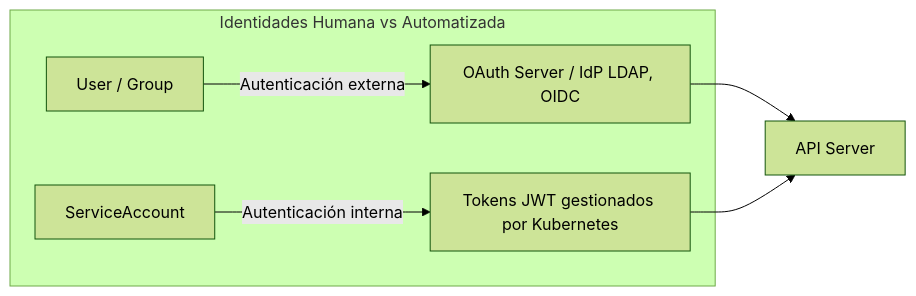
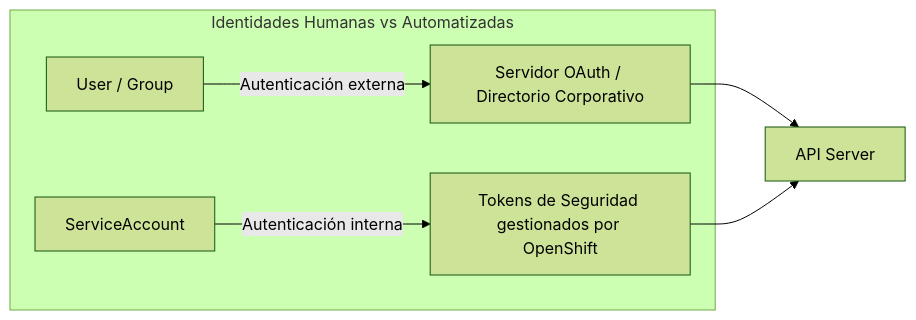
Before and after one commit to ieftraining/curso-openshift: the fourth of 7 diagrams in docs/sesion4/4.1 Proyectos y permisos.md, drawn with Mermaid (forest theme). The commit also changed other lines of this file, not shown here.

````diff
--- a/docs/sesion4/4.1 Proyectos y permisos.md
+++ b/docs/sesion4/4.1 Proyectos y permisos.md
@@ -163,9 +124,9 @@
 ```mermaid
 flowchart LR
-    subgraph Identidades Humana vs Automatizada
-        A[User / Group] -->|Autenticación externa| B[OAuth Server / IdP LDAP, OIDC]
-        C[ServiceAccount] -->|Autenticación interna| D[Tokens JWT gestionados por Kubernetes]
+    subgraph Identidades Humanas vs Automatizadas
+        A[User / Group] -->|Autenticación externa| B[Servidor OAuth / Directorio Corporativo]
+        C[ServiceAccount] -->|Autenticación interna| D[Tokens de Seguridad gestionados por OpenShift]
     end
     B --> E[API Server]
     D --> E
 ```
````
